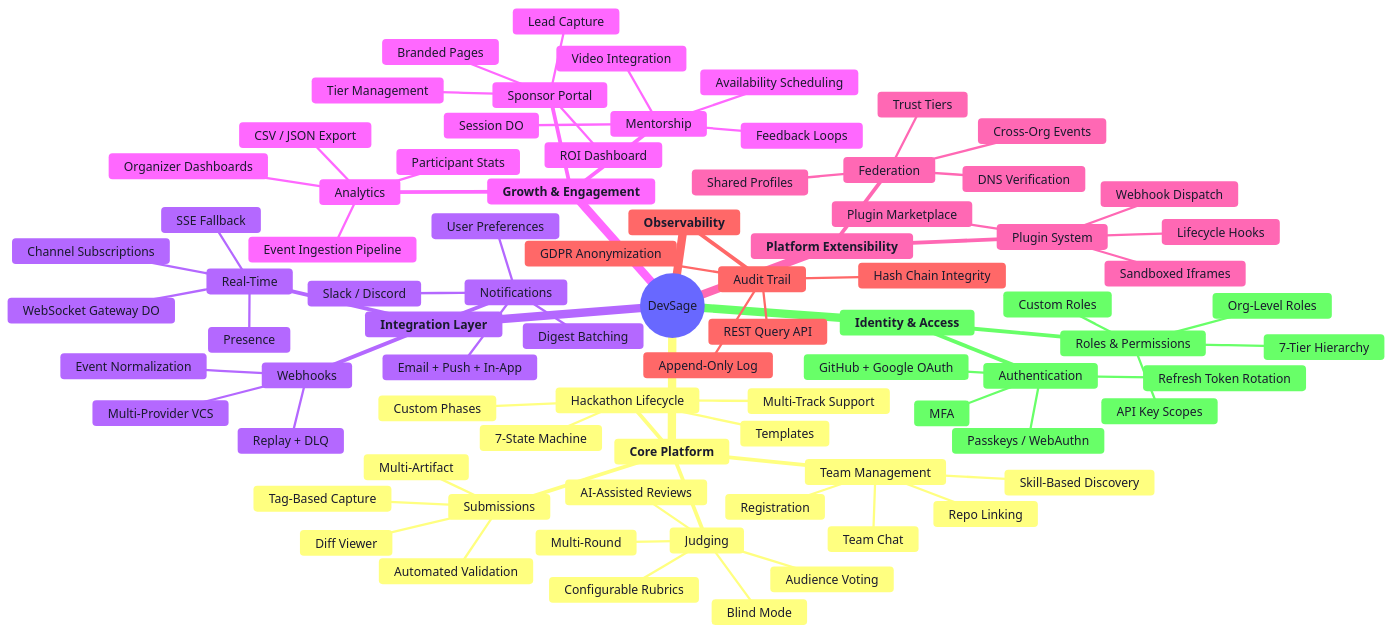
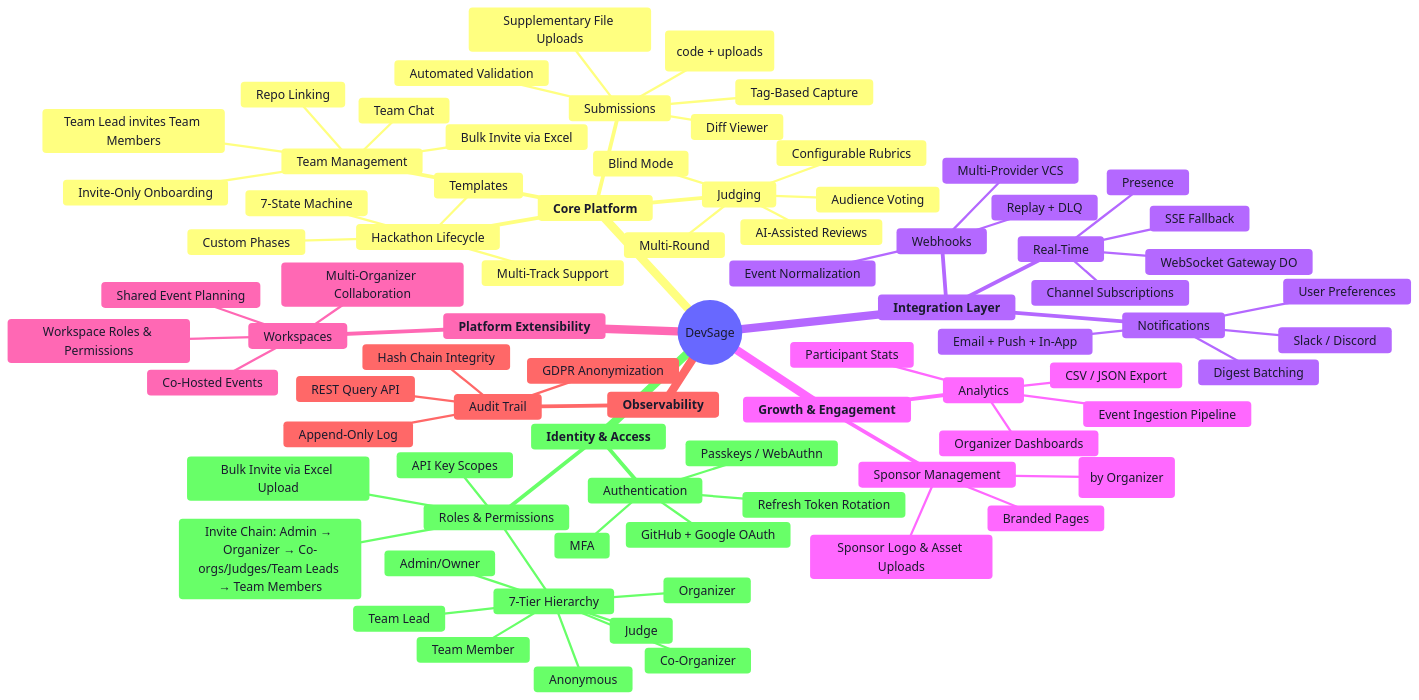
One commit to devangshupandey2025-stack/DevSage changed the fourth of 8 diagrams in docs/v3/planned/00-overview.md. Above: the diagram before and after it, drawn with Mermaid. The commit also changed other lines of this file, not shown here.

First line of the commit message:
docs(overview): simplify platform architecture for Phase 1

```diff
--- a/docs/v3/planned/00-overview.md
+++ b/docs/v3/planned/00-overview.md
@@ -213,8 +213,15 @@
         MFA
       Roles & Permissions
         7-Tier Hierarchy
-        Custom Roles
-        Org-Level Roles
+          Anonymous
+          Team Member
+          Team Lead
+          Judge
+          Co-Organizer
+          Organizer
+          Admin/Owner
+        Invite Chain: Admin → Organizer → Co-orgs/Judges/Team Leads → Team Members
+        Bulk Invite via Excel Upload
         API Key Scopes
     **Core Platform**
       Hackathon Lifecycle
@@ -223,13 +230,15 @@
         Templates
         Custom Phases
       Team Management
-        Registration
-        Skill-Based Discovery
+        Invite-Only Onboarding
+        Team Lead invites Team Members
+        Bulk Invite via Excel
         Team Chat
         Repo Linking
       Submissions
         Tag-Based Capture
-        Multi-Artifact
+        Multi-Artifact (code + uploads)
+        Supplementary File Uploads
         Automated Validation
         Diff Viewer
       Judging
@@ -254,32 +263,22 @@
         Presence
         SSE Fallback
     **Growth & Engagement**
-      Sponsor Portal
-        Tier Management
+      Sponsor Management
+        Tier Management (by Organizer)
         Branded Pages
-        Lead Capture
-        ROI Dashboard
-      Mentorship
-        Availability Scheduling
-        Session DO
-        Video Integration
-        Feedback Loops
+        Sponsor Logo & Asset Uploads
+
       Analytics
         Event Ingestion Pipeline
         Organizer Dashboards
         Participant Stats
         CSV / JSON Export
     **Platform Extensibility**
-      Federation
-        DNS Verification
-        Trust Tiers
-        Shared Profiles
-        Cross-Org Events
-      Plugin System
-        Lifecycle Hooks
-        Sandboxed Iframes
-        Plugin Marketplace
-        Webhook Dispatch
+      Workspaces
+        Multi-Organizer Collaboration
+        Shared Event Planning
+        Workspace Roles & Permissions
+        Co-Hosted Events
     **Observability**
       Audit Trail
         Append-Only Log
```
